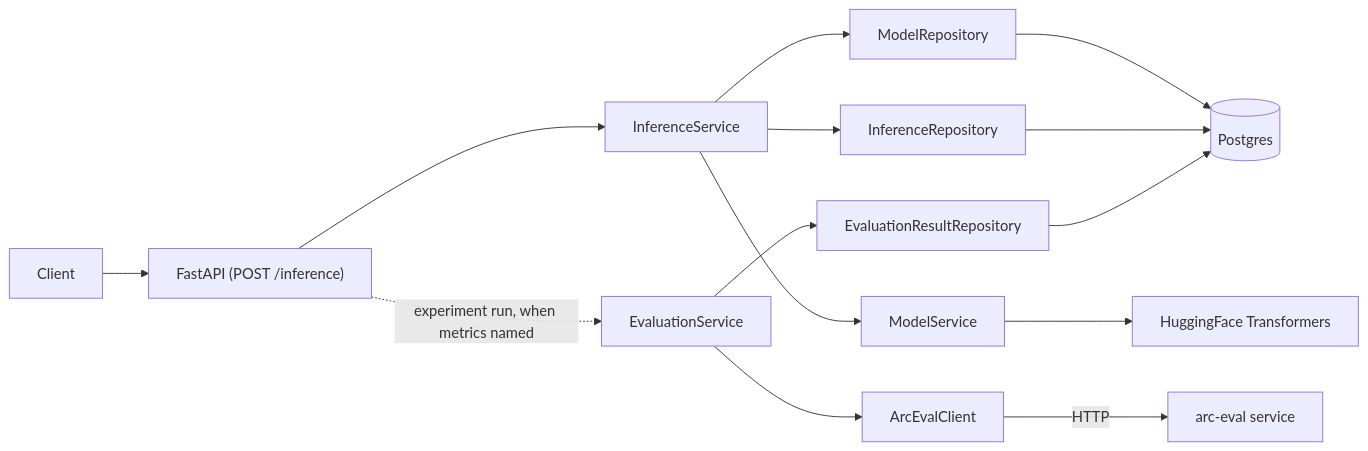
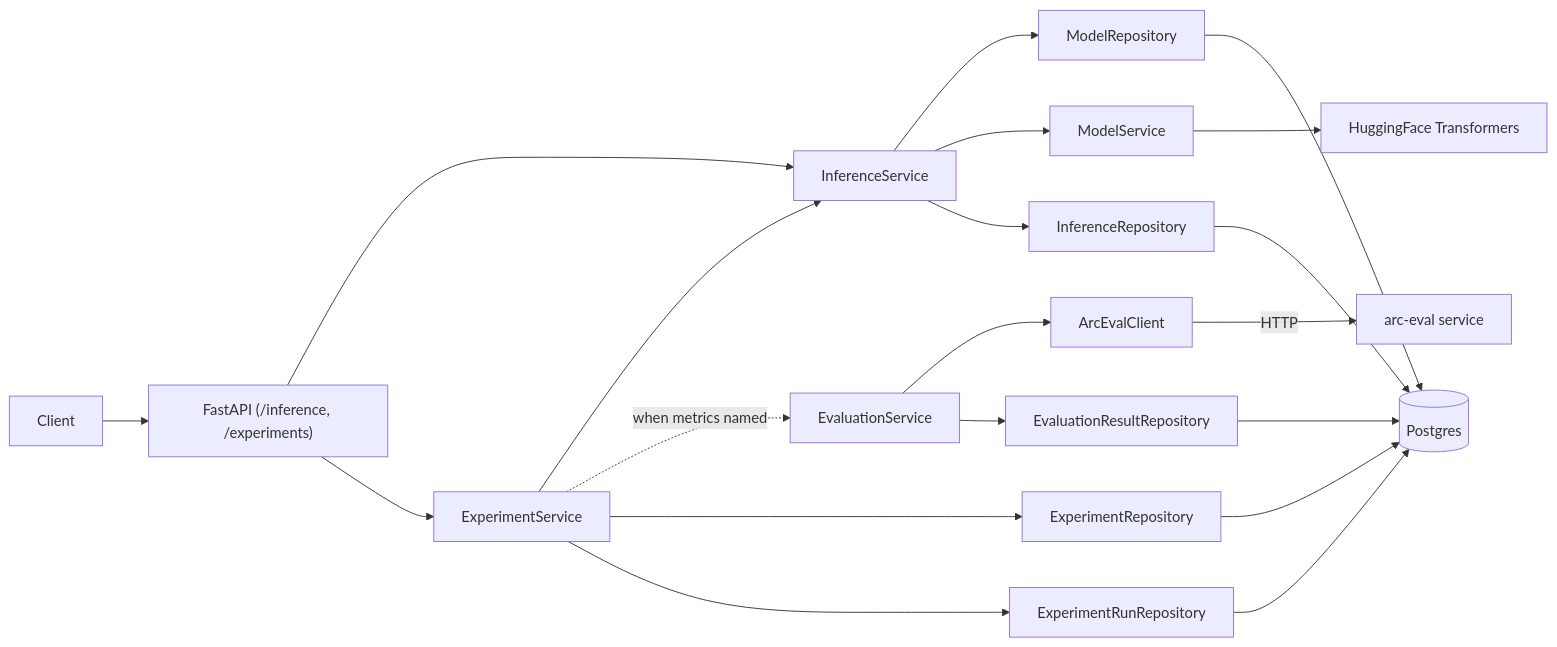
Before and after one commit to DimitarAtanassov/arc-model-lab: the first of 2 diagrams in docs/architecture.md, drawn with Mermaid. The commit also changed other lines of this file and 21 other files, not shown here.

````diff
--- a/docs/architecture.md
+++ b/docs/architecture.md
@@ -42,19 +44,26 @@
 ```mermaid
 flowchart LR
-    Client[Client] --> API["FastAPI (POST /inference)"]
+    Client[Client] --> API["FastAPI (/inference, /experiments)"]
 
     API --> Inf[InferenceService]
+    API --> Exp[ExperimentService]
+    Exp --> Inf
+    Exp -. "when metrics named" .-> Eval[EvaluationService]
+    Exp --> ExpRepo[ExperimentRepository]
+    Exp --> RunRepo[ExperimentRunRepository]
+
     Inf --> Models[ModelRepository]
     Inf --> MS[ModelService]
     MS --> HF[HuggingFace Transformers]
     Inf --> InfRepo[InferenceRepository]
 
-    API -. "experiment run, when metrics named" .-> Eval[EvaluationService]
     Eval --> AEC[ArcEvalClient]
     AEC -->|HTTP| ArcEval[arc-eval service]
     Eval --> EvalRepo[EvaluationResultRepository]
 
     Models --> DB[(Postgres)]
     InfRepo --> DB
     EvalRepo --> DB
+    ExpRepo --> DB
+    RunRepo --> DB
 ```
````
